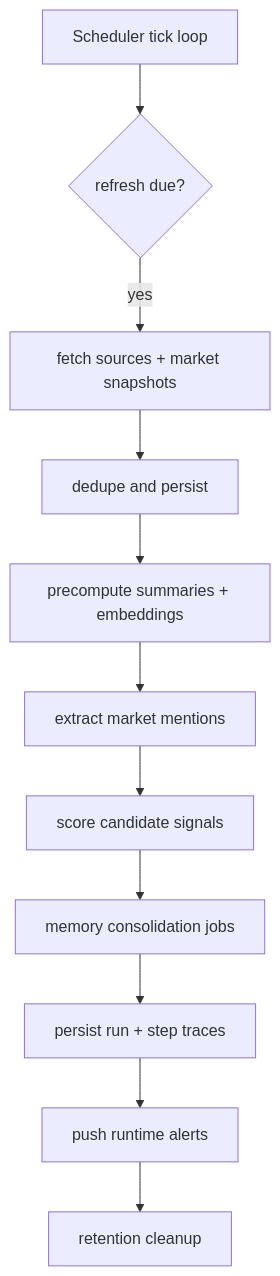
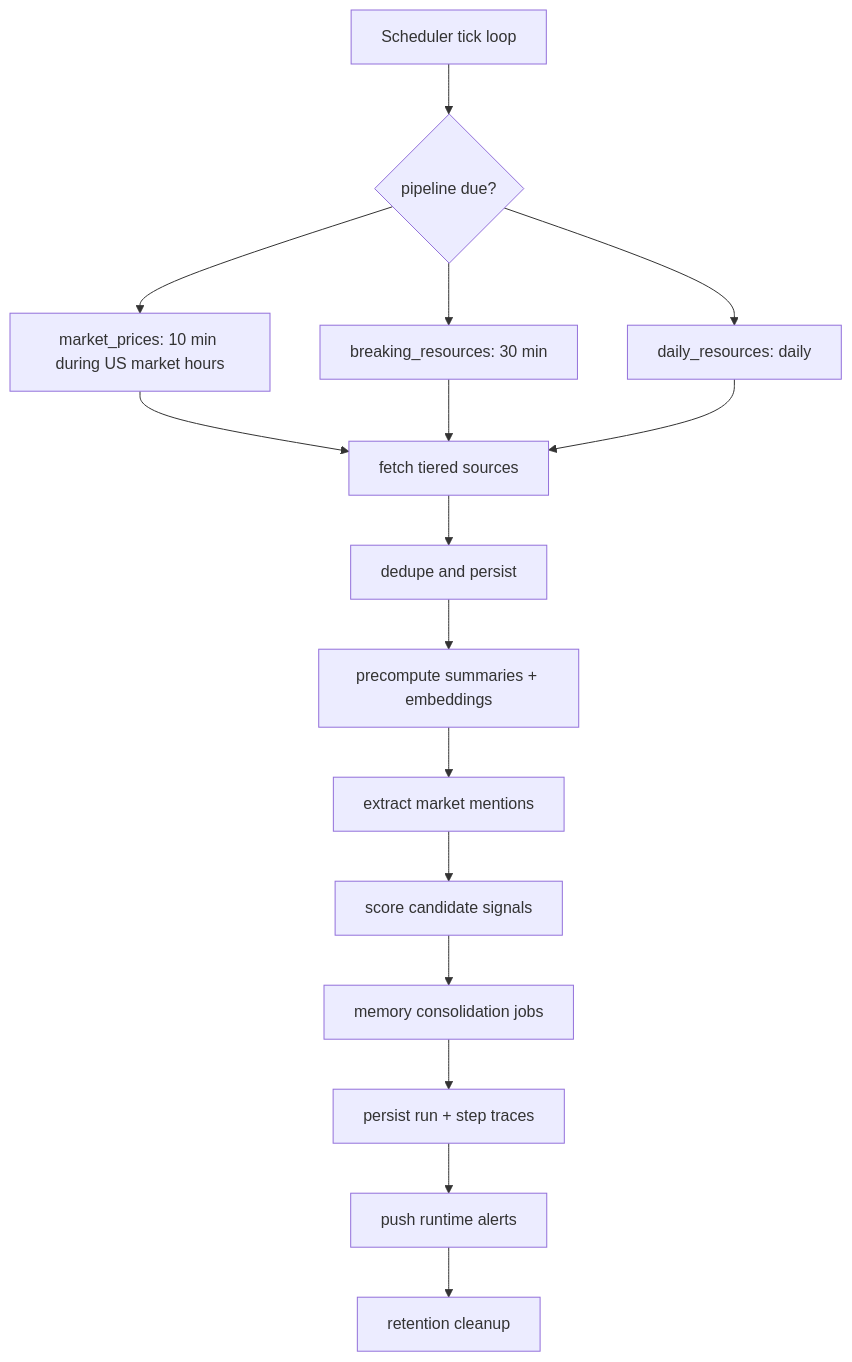
Before and after one commit to whr129/Hello-Stock: the second of 2 diagrams in README.md, drawn with Mermaid. The commit also changed other lines of this file and 33 other files, not shown here.

Commit message:
upgrade market research pipeline

````diff
--- a/README.md
+++ b/README.md
@@ -50,13 +50,18 @@
 ```mermaid
 flowchart TD
-    tick[Scheduler tick loop] --> refresh{refresh due?}
-    refresh -->|yes| fetch[fetch sources + market snapshots]
+    tick[Scheduler tick loop] --> due{pipeline due?}
+    due --> prices[market_prices: 10 min during US market hours]
+    due --> breaking[breaking_resources: 30 min]
+    due --> daily[daily_resources: daily]
+    prices --> fetch[fetch market snapshots]
+    breaking --> fetch[fetch tiered sources]
+    daily --> fetch
     fetch --> store[dedupe and persist]
     store --> summarize[precompute summaries + embeddings]
     summarize --> mentions[extract market mentions]
     mentions --> score[score candidate signals]
     score --> memory[memory consolidation jobs]
     memory --> trace[persist run + step traces]
     trace --> alerts[push runtime alerts]
     alerts --> cleanup[retention cleanup]
 ```
````
